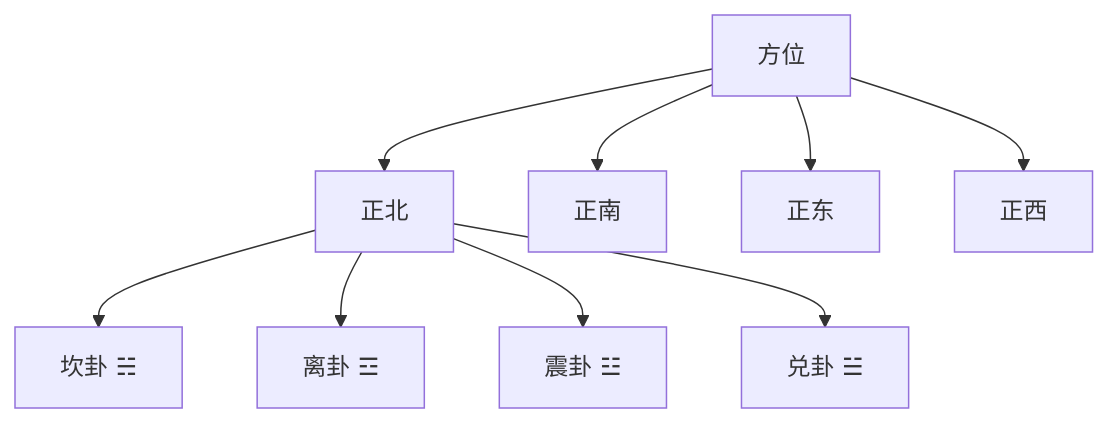
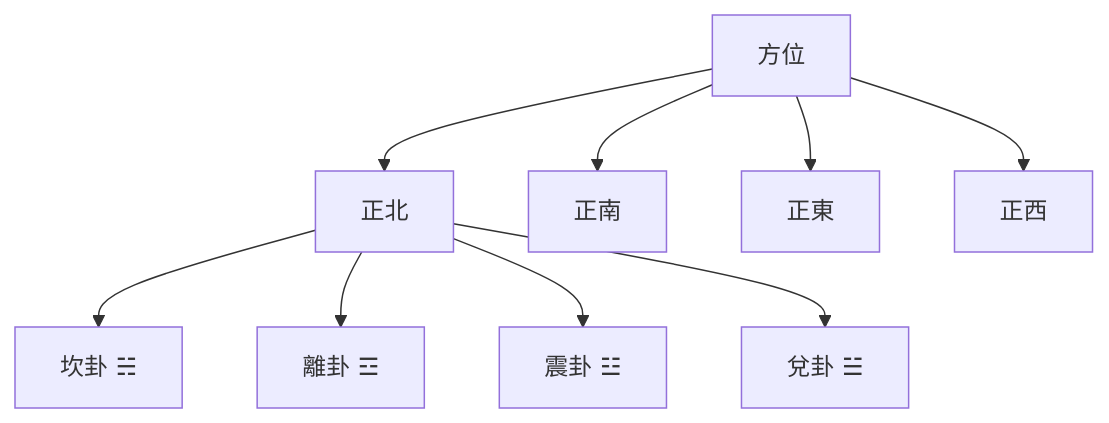
The fourth of 13 diagrams in 3 Resources/04-Interests/易学/03-占卜方法/梅花易数入门.md (kmjade/knowledge-value), drawn with Mermaid before and after one commit. The commit also changed other lines of this file and 49 other files, not shown here.

````diff
--- a/3 Resources/04-Interests/易学/03-占卜方法/梅花易数入门.md
+++ b/3 Resources/04-Interests/易学/03-占卜方法/梅花易数入门.md
@@ -115,12 +115,12 @@
 ```mermaid
 graph TB
     A[方位] --> B[正北]
     A --> C[正南]
-    A --> D[正东]
+    A --> D[正東]
     A --> E[正西]
     
     B --> B1[坎卦 ☵]
-    B --> B2[离卦 ☲]
+    B --> B2[離卦 ☲]
     B --> B3[震卦 ☳]
-    B --> B4[兑卦 ☱]
+    B --> B4[兌卦 ☱]
 ```
````
